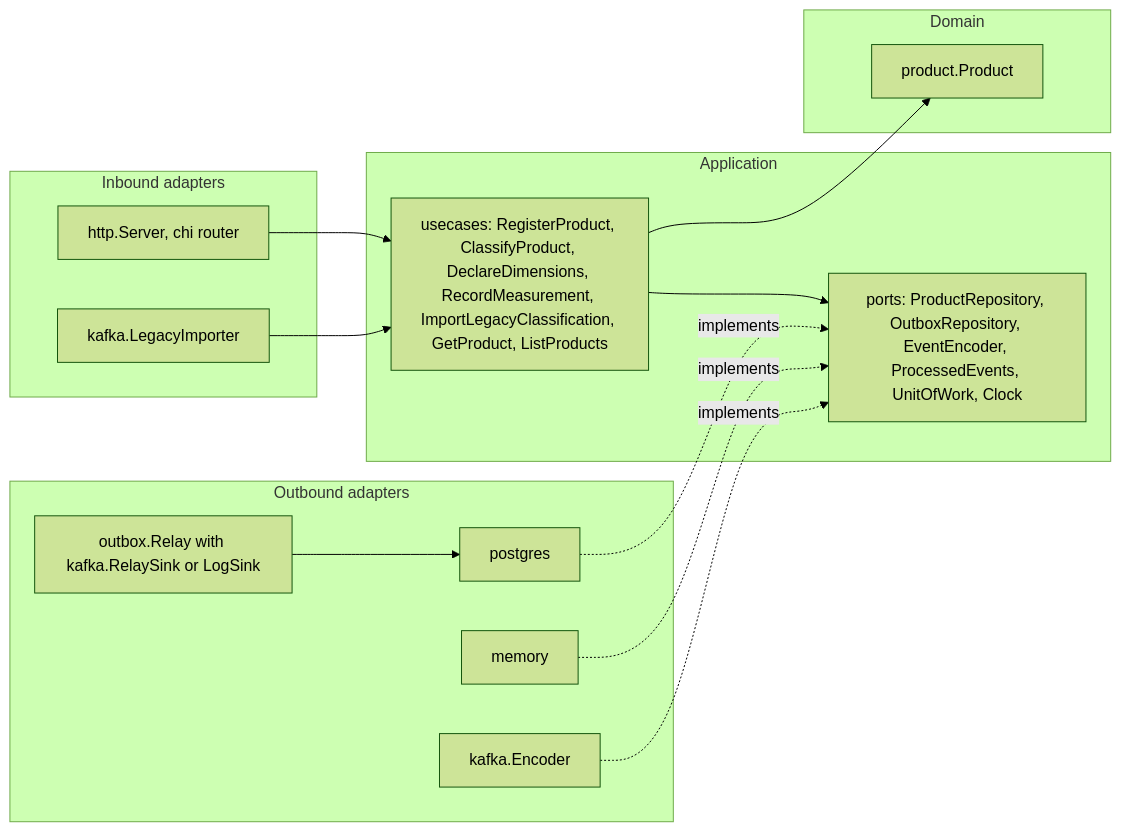
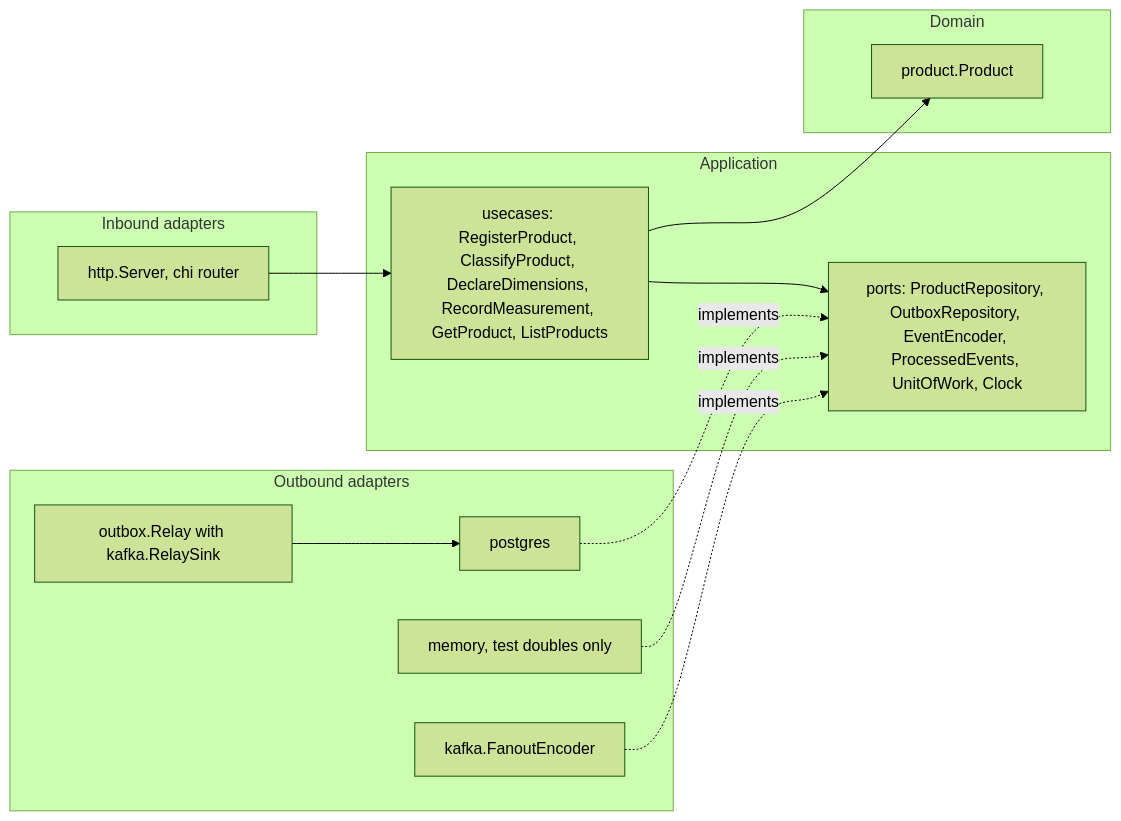
The fourth of 4 diagrams in docs/contexts/product-master/class-diagram.md (IQVO/warehouse-docs), drawn with Mermaid (forest theme) before and after one commit. The commit also changed other lines of this file and 237 other files, not shown here.

````diff
--- a/docs/contexts/product-master/class-diagram.md
+++ b/docs/contexts/product-master/class-diagram.md
@@ -270,28 +343,26 @@
 ```mermaid
 flowchart LR
   subgraph inbound[Inbound adapters]
     HTTP[http.Server, chi router]
-    LEG[kafka.LegacyImporter]
   end
   subgraph app[Application]
-    UC[usecases: RegisterProduct, ClassifyProduct, DeclareDimensions, RecordMeasurement, ImportLegacyClassification, GetProduct, ListProducts]
+    UC[usecases: RegisterProduct, ClassifyProduct, DeclareDimensions, RecordMeasurement, GetProduct, ListProducts]
     PORTS[ports: ProductRepository, OutboxRepository, EventEncoder, ProcessedEvents, UnitOfWork, Clock]
   end
   subgraph domain[Domain]
     PROD[product.Product]
   end
   subgraph outbound[Outbound adapters]
     PG[postgres]
-    MEM[memory]
-    ENC[kafka.Encoder]
-    REL[outbox.Relay with kafka.RelaySink or LogSink]
+    MEM[memory, test doubles only]
+    ENC[kafka.FanoutEncoder]
+    REL[outbox.Relay with kafka.RelaySink]
   end
   HTTP --> UC
-  LEG --> UC
   UC --> PROD
   UC --> PORTS
   PG -. implements .-> PORTS
   MEM -. implements .-> PORTS
   ENC -. implements .-> PORTS
   REL --> PG
 ```
````
